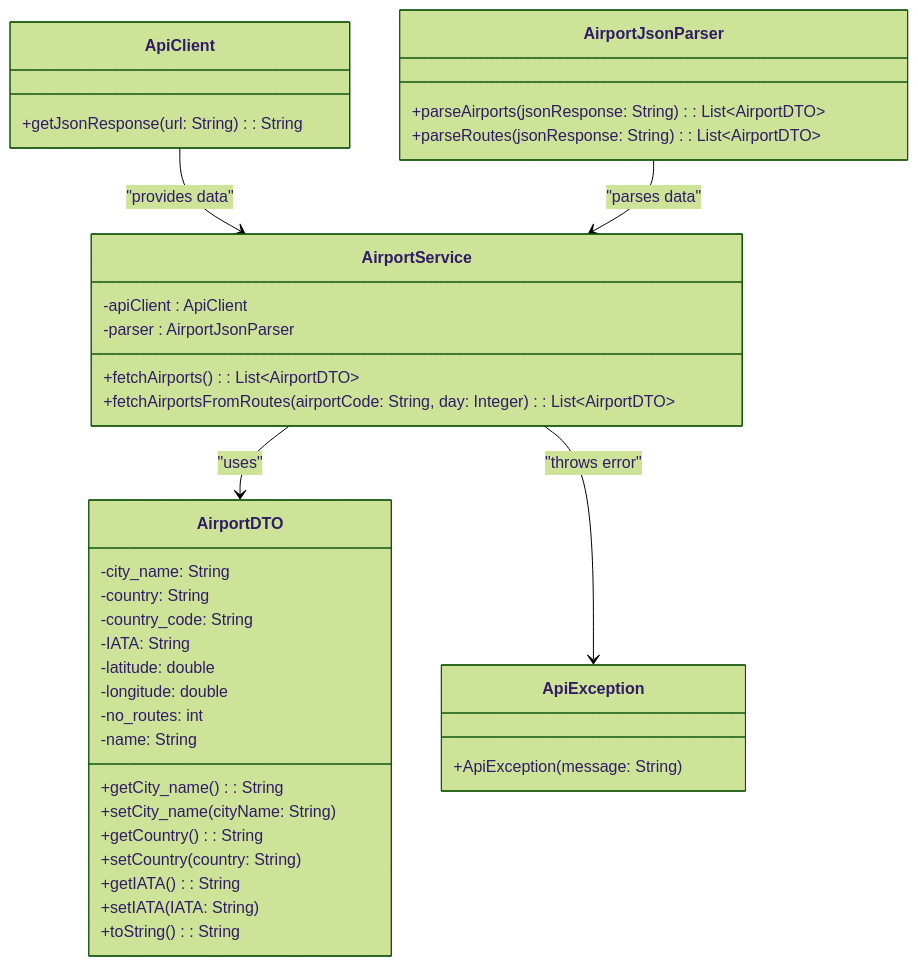
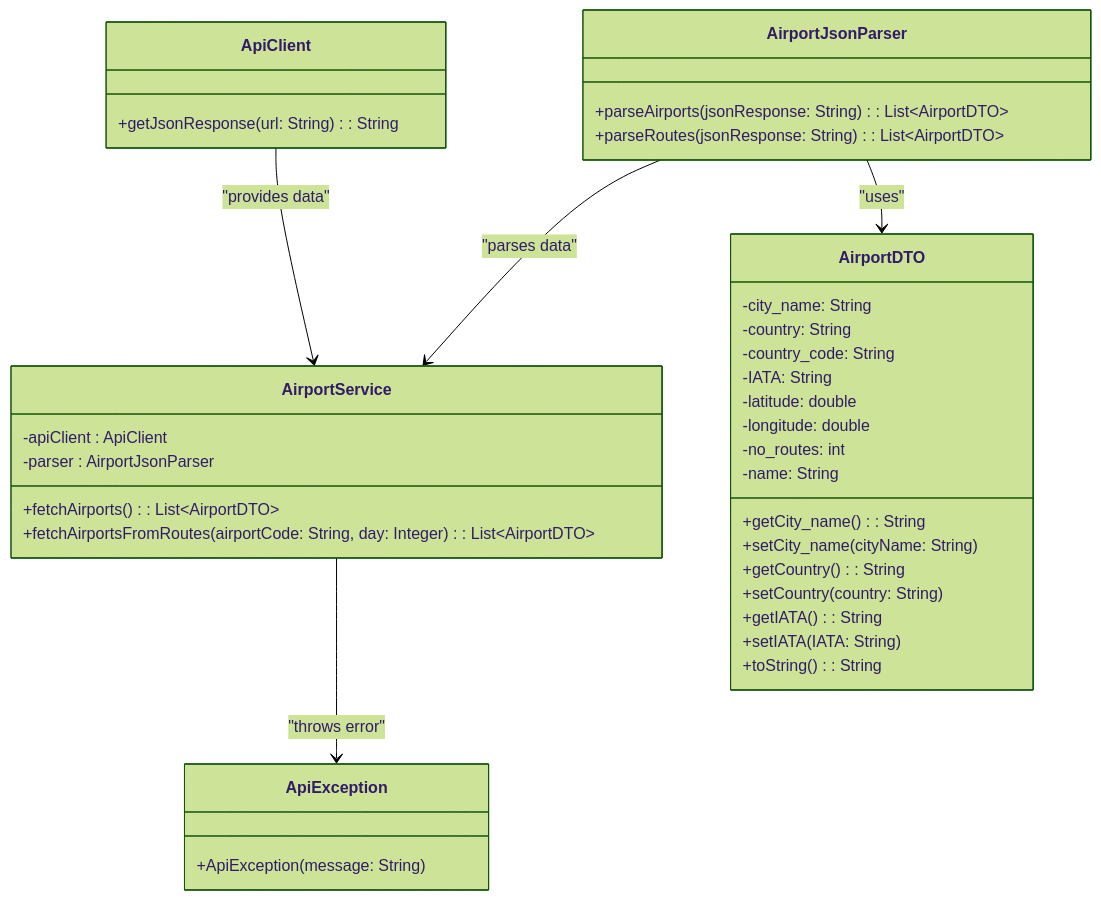
The second of 2 diagrams in docs/design-document_en.md (ottohh/COMP.SE.110), drawn with Mermaid (forest theme) before and after one commit. The commit also changed other lines of this file and 3 other files, not shown here.

Commit message:
Refactor AirportService classes

````diff
--- a/docs/design-document_en.md
+++ b/docs/design-document_en.md
@@ -121,45 +120,45 @@
 ```mermaid
 classDiagram
     class ApiClient {
         +getJsonResponse(url: String) : String
     }
 
     class AirportJsonParser {
         +parseAirports(jsonResponse: String) : List~AirportDTO~
         +parseRoutes(jsonResponse: String) : List~AirportDTO~
     }
 
     class AirportService {
         -apiClient : ApiClient
         -parser : AirportJsonParser
         +fetchAirports() : List~AirportDTO~
         +fetchAirportsFromRoutes(airportCode: String, day: Integer) : List~AirportDTO~
     }
 
     class AirportDTO {
         -city_name: String
         -country: String
         -country_code: String
         -IATA: String
         -latitude: double
         -longitude: double
         -no_routes: int
         -name: String
         +getCity_name() : String
         +setCity_name(cityName: String)
         +getCountry() : String
         +setCountry(country: String)
         +getIATA() : String
         +setIATA(IATA: String)
         +toString() : String
     }
 
     class ApiException {
         +ApiException(message: String)
     }
 
     ApiClient --> AirportService : "provides data"
     AirportJsonParser --> AirportService : "parses data"
-    AirportService --> AirportDTO : "uses"
+    AirportJsonParser --> AirportDTO : "uses"
     AirportService --> ApiException : "throws error"
 ```
````
